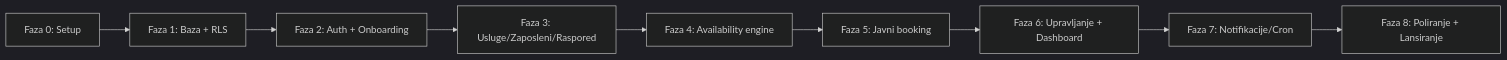
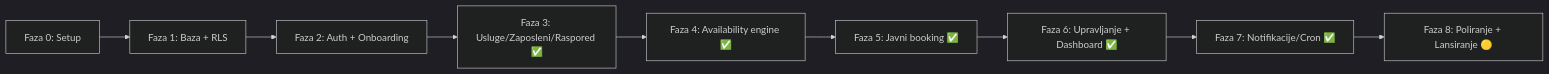
The diagram in docs/Faze.md (Faris-L/Slotify-Booking-WebApp), drawn with Mermaid (dark theme) before and after one commit. The commit also changed other lines of this file and 108 other files, not shown here.

````diff
--- a/docs/Faze.md
+++ b/docs/Faze.md
@@ -210,11 +266,11 @@
 ```mermaid
 flowchart LR
     F0[Faza 0: Setup] --> F1[Faza 1: Baza + RLS]
     F1 --> F2[Faza 2: Auth + Onboarding]
-    F2 --> F3[Faza 3: Usluge/Zaposleni/Raspored]
-    F3 --> F4[Faza 4: Availability engine]
-    F4 --> F5[Faza 5: Javni booking]
-    F5 --> F6[Faza 6: Upravljanje + Dashboard]
-    F6 --> F7[Faza 7: Notifikacije/Cron]
-    F7 --> F8[Faza 8: Poliranje + Lansiranje]
+    F2 --> F3[Faza 3: Usluge/Zaposleni/Raspored ✅]
+    F3 --> F4[Faza 4: Availability engine ✅]
+    F4 --> F5[Faza 5: Javni booking ✅]
+    F5 --> F6[Faza 6: Upravljanje + Dashboard ✅]
+    F6 --> F7[Faza 7: Notifikacije/Cron ✅]
+    F7 --> F8[Faza 8: Poliranje + Lansiranje 🟡]
 ```
````
